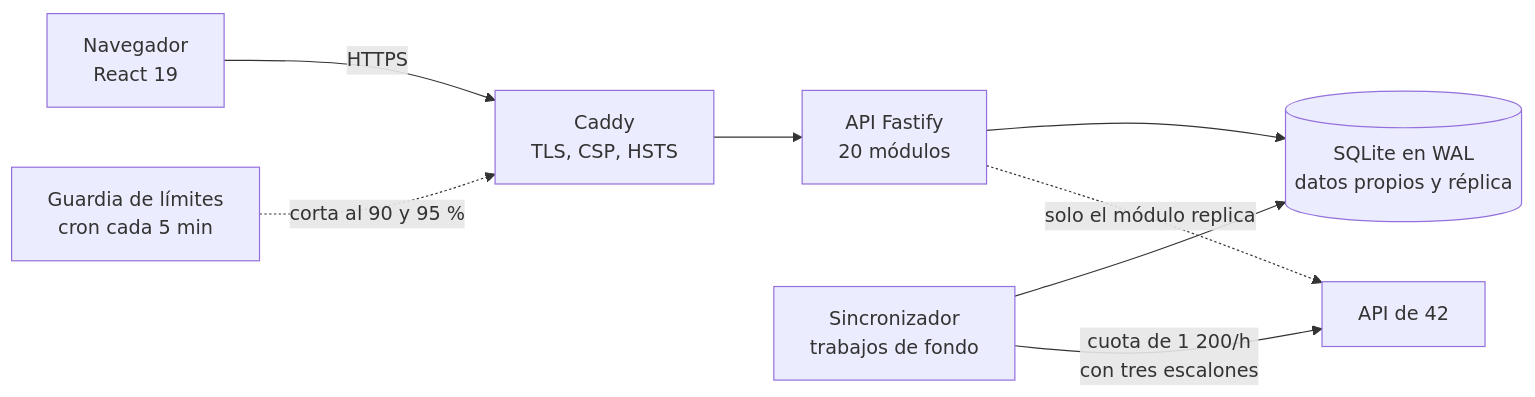
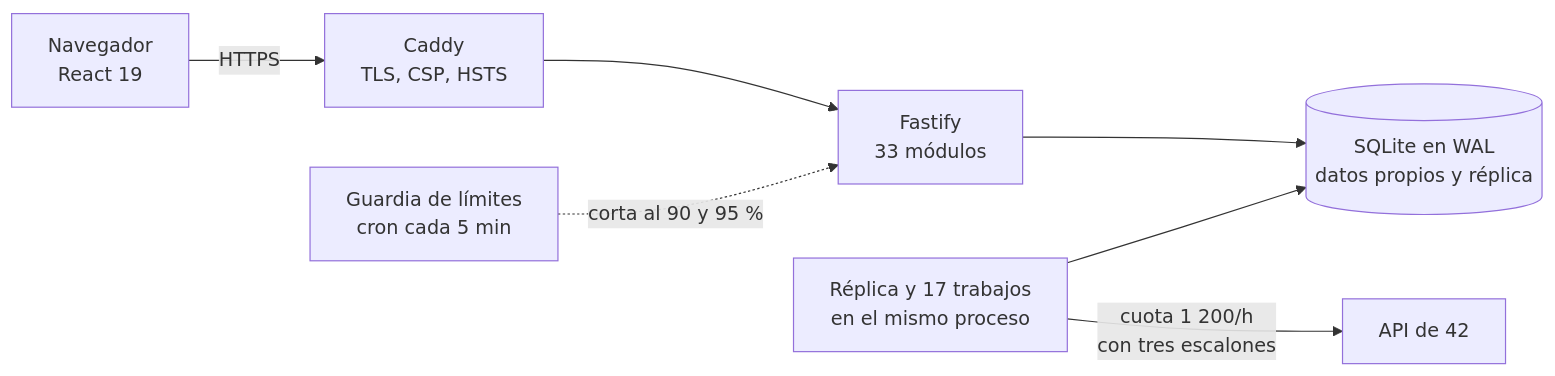
Before and after one commit to ALRO-GM/sanatorio-42: the first of 2 diagrams in README.md, drawn with Mermaid. The commit also changed other lines of this file and 3 other files, not shown here.

````diff
--- a/README.md
+++ b/README.md
@@ -569,10 +223,9 @@
 ```mermaid
 flowchart LR
   P["Navegador<br/>React 19"] -->|HTTPS| C["Caddy<br/>TLS, CSP, HSTS"]
-  C --> A["API Fastify<br/>20 módulos"]
+  C --> A["Fastify<br/>33 módulos"]
   A --> D[("SQLite en WAL<br/>datos propios y réplica")]
-  S["Sincronizador<br/>trabajos de fondo"] --> D
-  S -->|"cuota de 1 200/h<br/>con tres escalones"| Q["API de 42"]
-  A -. solo el módulo replica .-> Q
-  G["Guardia de límites<br/>cron cada 5 min"] -. corta al 90 y 95 % .-> C
+  S["Réplica y 17 trabajos<br/>en el mismo proceso"] --> D
+  S -->|"cuota 1 200/h<br/>con tres escalones"| Q["API de 42"]
+  G["Guardia de límites<br/>cron cada 5 min"] -. "corta al 90 y 95 %" .-> A
 ```
````
